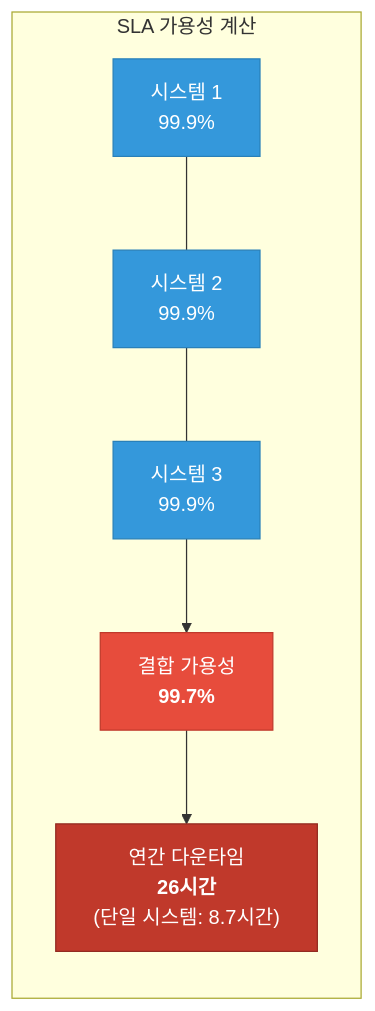
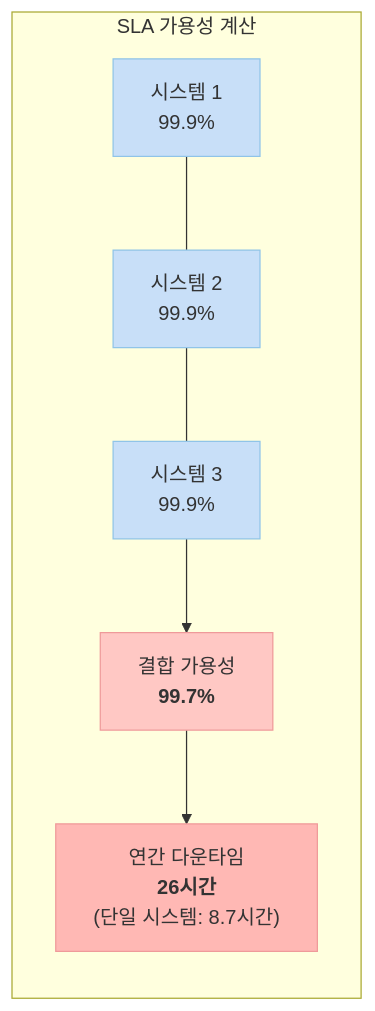
Before and after one commit to gyuha/blog: the fifth of 8 diagrams in content/post/2026/2026-03-08-just-use-postgres-2026.md, drawn with Mermaid. The commit also changed other lines of this file and 1 other file, not shown here.

````diff
--- a/content/post/2026/2026-03-08-just-use-postgres-2026.md
+++ b/content/post/2026/2026-03-08-just-use-postgres-2026.md
@@ -256,16 +256,16 @@
 ```mermaid
 flowchart LR
     subgraph SLA["SLA 가용성 계산"]
         direction TB
         S1["시스템 1<br>99.9%"] --- S2["시스템 2<br>99.9%"] --- S3["시스템 3<br>99.9%"]
         S3 --> R["결합 가용성<br><b>99.7%</b>"]
         R --> D["연간 다운타임<br><b>26시간</b><br>(단일 시스템: 8.7시간)"]
     end
 
-    classDef sys fill:#3498db,color:#fff,stroke:#2980b9
-    classDef result fill:#e74c3c,color:#fff,stroke:#c0392b
-    classDef down fill:#c0392b,color:#fff,stroke:#922b21
+    classDef sys fill:#c8dff8,color:#333,stroke:#90c4e8
+    classDef result fill:#ffc8c4,color:#333,stroke:#ef9a9a
+    classDef down fill:#ffb8b4,color:#333,stroke:#ef9a9a
     class S1,S2,S3 sys
     class R result
     class D down
 ```
````
